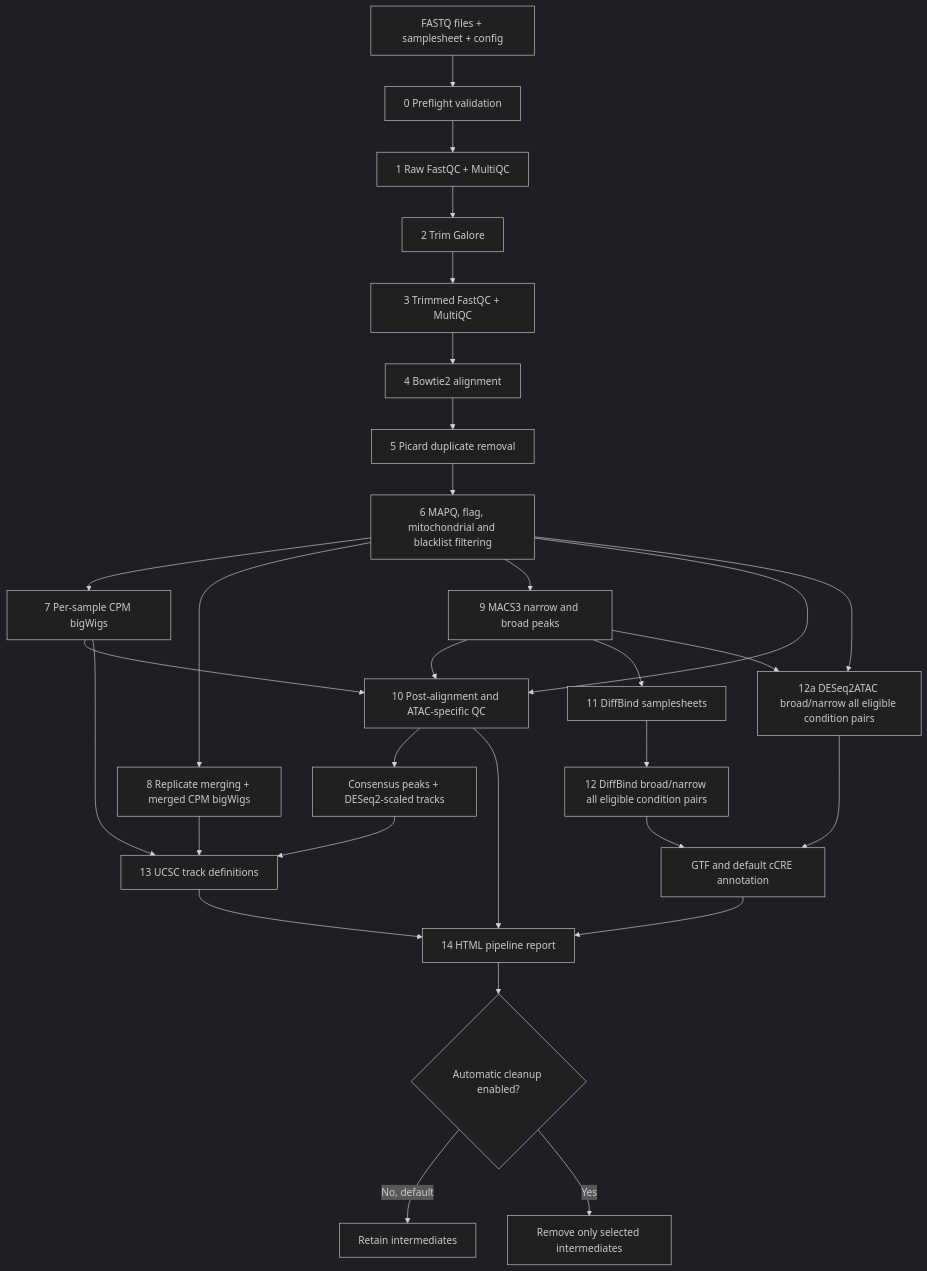
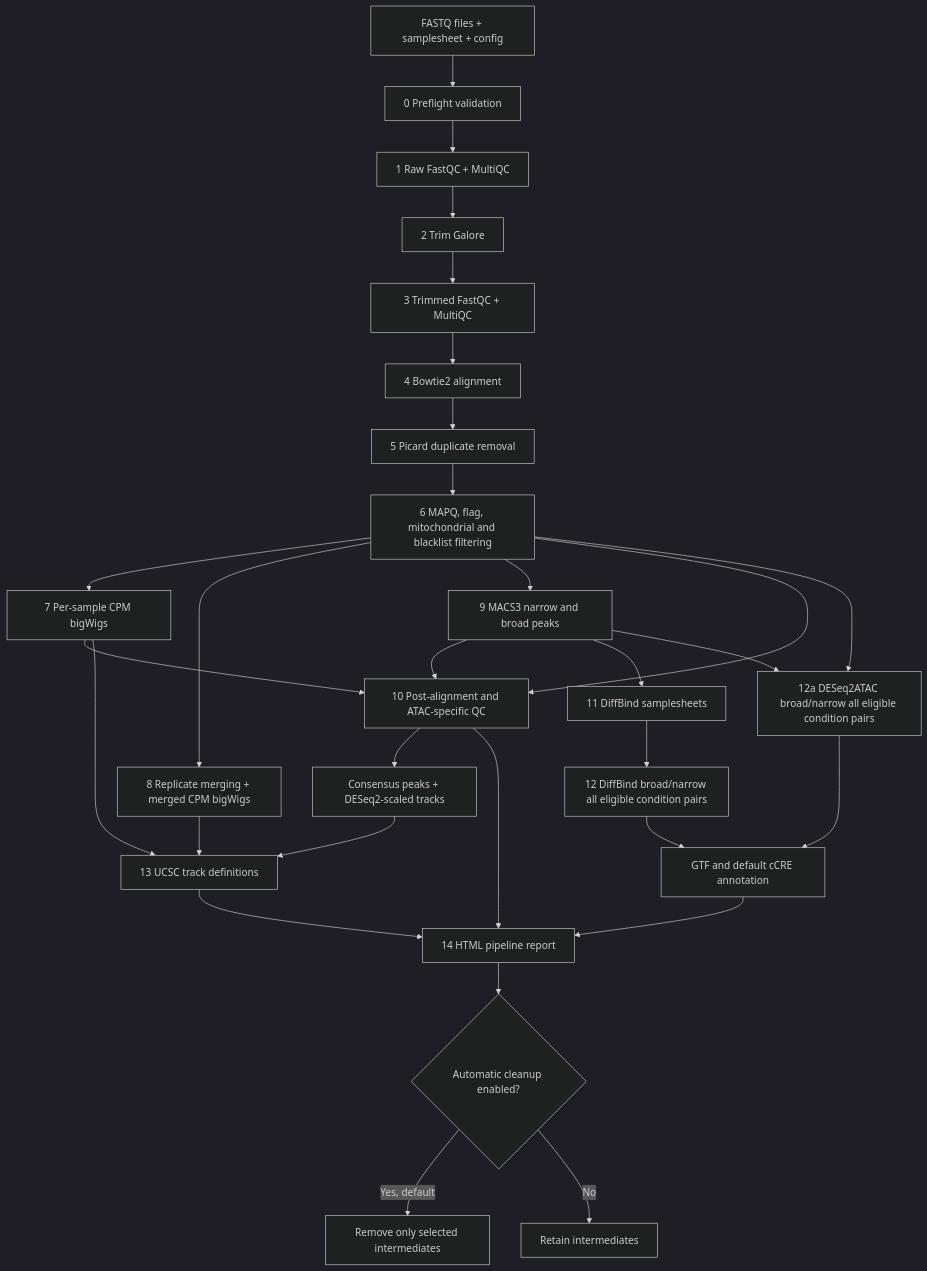
One commit to MichalGd/ATACseq2tracks changed the diagram in README.md. Above: the diagram before and after it, drawn with Mermaid (dark theme). The commit also changed other lines of this file and 20 other files, not shown here.

````diff
--- a/README.md
+++ b/README.md
@@ -35,35 +35,35 @@
 ```mermaid
 flowchart TD
     A[FASTQ files + samplesheet + config] --> B[0 Preflight validation]
     B --> C[1 Raw FastQC + MultiQC]
     C --> D[2 Trim Galore]
     D --> E[3 Trimmed FastQC + MultiQC]
     E --> F[4 Bowtie2 alignment]
     F --> G[5 Picard duplicate removal]
     G --> H[6 MAPQ, flag, mitochondrial and blacklist filtering]
 
     H --> I[7 Per-sample CPM bigWigs]
     H --> J[8 Replicate merging + merged CPM bigWigs]
     H --> K[9 MACS3 narrow and broad peaks]
     H --> L[10 Post-alignment and ATAC-specific QC]
     I --> L
     K --> L
     L --> M[Consensus peaks + DESeq2-scaled tracks]
 
     K --> N[11 DiffBind samplesheets]
     N --> O[12 DiffBind broad/narrow all eligible condition pairs]
     H --> P[12a DESeq2ATAC broad/narrow all eligible condition pairs]
     K --> P
     O --> V[GTF and default cCRE annotation]
     P --> V
 
     I --> Q[13 UCSC track definitions]
     J --> Q
     M --> Q
     L --> R[14 HTML pipeline report]
     V --> R
     Q --> R
     R --> S{Automatic cleanup enabled?}
-    S -->|No, default| T[Retain intermediates]
-    S -->|Yes| U[Remove only selected intermediates]
+    S -->|Yes, default| U[Remove only selected intermediates]
+    S -->|No| T[Retain intermediates]
 ```
````
